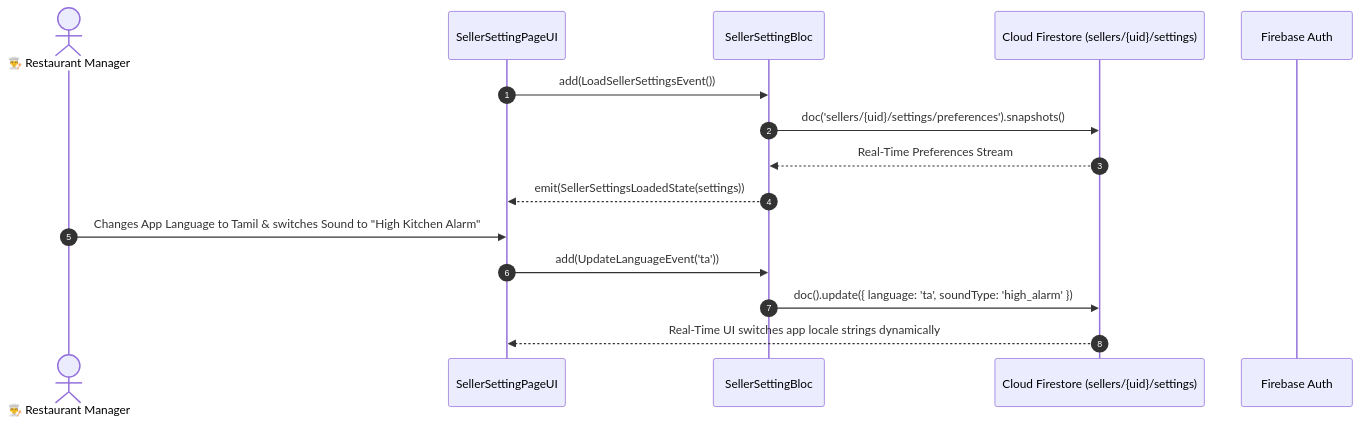
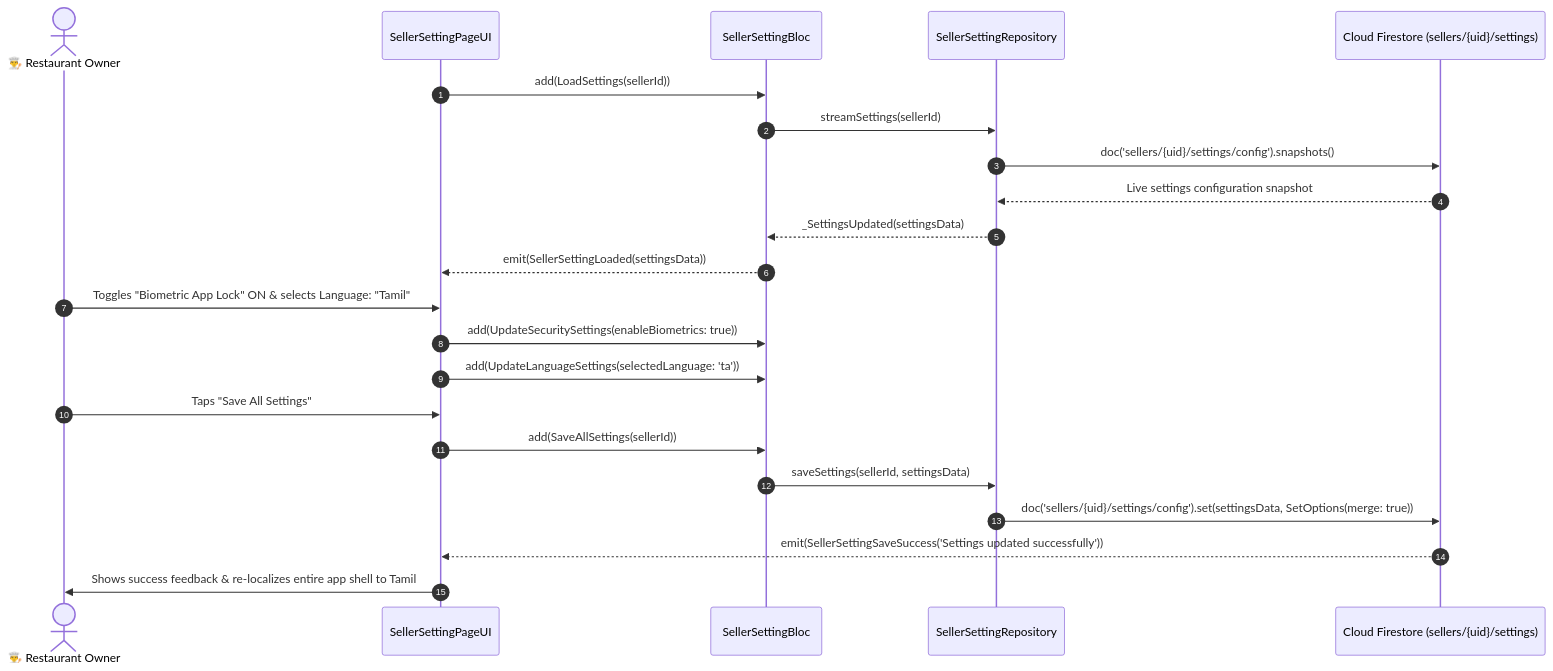
Before and after one commit to SRIKUMAR10/food_delivery_app: the diagram in .md_files/04_Seller_Human_Journey_And_Testing/07_Finance_Payouts_Analytics_And_Settings/31_SELLER_SETTING_PAGE.md, drawn with Mermaid. The commit also changed other lines of this file and 204 other files, not shown here.

````diff
--- a/.md_files/04_Seller_Human_Journey_And_Testing/07_Finance_Payouts_Analytics_And_Settings/31_SELLER_SETTING_PAGE.md
+++ b/.md_files/04_Seller_Human_Journey_And_Testing/07_Finance_Payouts_Analytics_And_Settings/31_SELLER_SETTING_PAGE.md
@@ -21,18 +19,25 @@
 ```mermaid
 sequenceDiagram
     autonumber
-    actor Seller as 👨‍🍳 Restaurant Manager
+    actor Seller as 👨‍🍳 Restaurant Owner
     participant UI as SellerSettingPageUI
     participant Bloc as SellerSettingBloc
+    participant Repo as SellerSettingRepository
     participant FS as Cloud Firestore (sellers/{uid}/settings)
-    participant Auth as Firebase Auth
 
-    UI->>Bloc: add(LoadSellerSettingsEvent())
-    Bloc->>FS: doc('sellers/{uid}/settings/preferences').snapshots()
-    FS-->>Bloc: Real-Time Preferences Stream
-    Bloc-->>UI: emit(SellerSettingsLoadedState(settings))
-    Seller->>UI: Changes App Language to Tamil & switches Sound to "High Kitchen Alarm"
-    UI->>Bloc: add(UpdateLanguageEvent('ta'))
-    Bloc->>FS: doc().update({ language: 'ta', soundType: 'high_alarm' })
-    FS-->>UI: Real-Time UI switches app locale strings dynamically
+    UI->>Bloc: add(LoadSettings(sellerId))
+    Bloc->>Repo: streamSettings(sellerId)
+    Repo->>FS: doc('sellers/{uid}/settings/config').snapshots()
+    FS-->>Repo: Live settings configuration snapshot
+    Repo-->>Bloc: _SettingsUpdated(settingsData)
+    Bloc-->>UI: emit(SellerSettingLoaded(settingsData))
+    Seller->>UI: Toggles "Biometric App Lock" ON & selects Language: "Tamil"
+    UI->>Bloc: add(UpdateSecuritySettings(enableBiometrics: true))
+    UI->>Bloc: add(UpdateLanguageSettings(selectedLanguage: 'ta'))
+    Seller->>UI: Taps "Save All Settings"
+    UI->>Bloc: add(SaveAllSettings(sellerId))
+    Bloc->>Repo: saveSettings(sellerId, settingsData)
+    Repo->>FS: doc('sellers/{uid}/settings/config').set(settingsData, SetOptions(merge: true))
+    FS-->>UI: emit(SellerSettingSaveSuccess('Settings updated successfully'))
+    UI->>Seller: Shows success feedback & re-localizes entire app shell to Tamil
 ```
````
